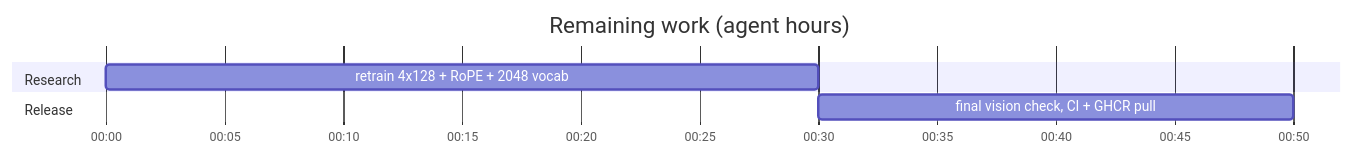
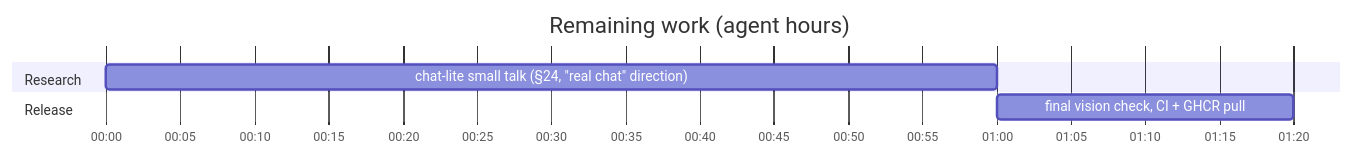
The third of 3 diagrams in plan.md (marcelpetrick/ESP32-Tiny-LLM), drawn with Mermaid before and after one commit. The commit also changed other lines of this file and 5 other files, not shown here.

````diff
--- a/plan.md
+++ b/plan.md
@@ -65,10 +65,10 @@
 ```mermaid
 gantt
     title Remaining work (agent hours)
     dateFormat HH:mm
     axisFormat %H:%M
     section Research
-    retrain 4x128 + RoPE + 2048 vocab  :a1, 00:00, 30m
+    chat-lite small talk (§24, "real chat" direction) :a1, 00:00, 60m
     section Release
     final vision check, CI + GHCR pull :a5, after a1, 20m
 ```
````
